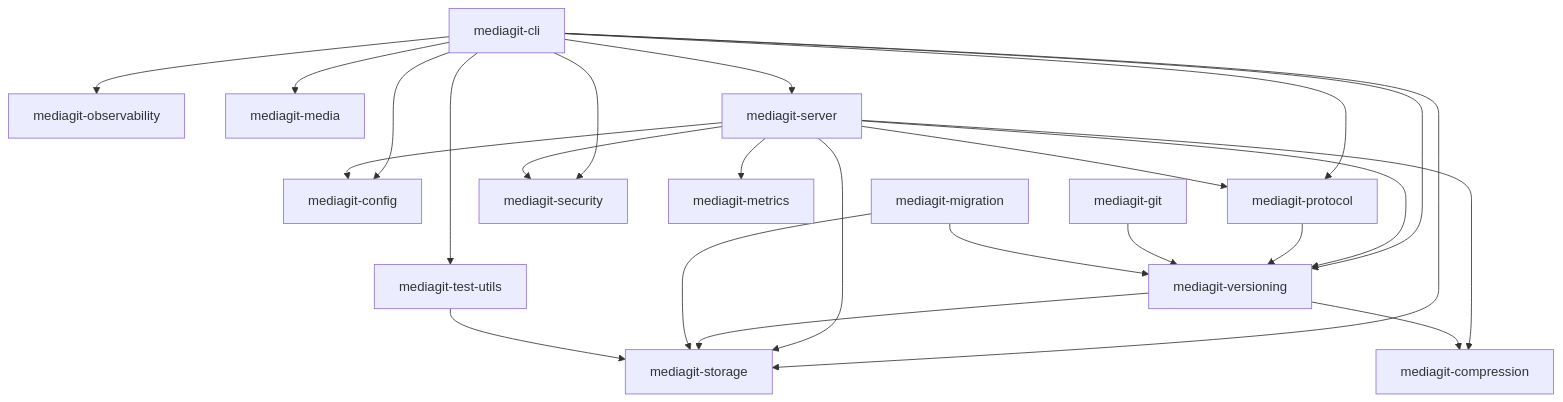
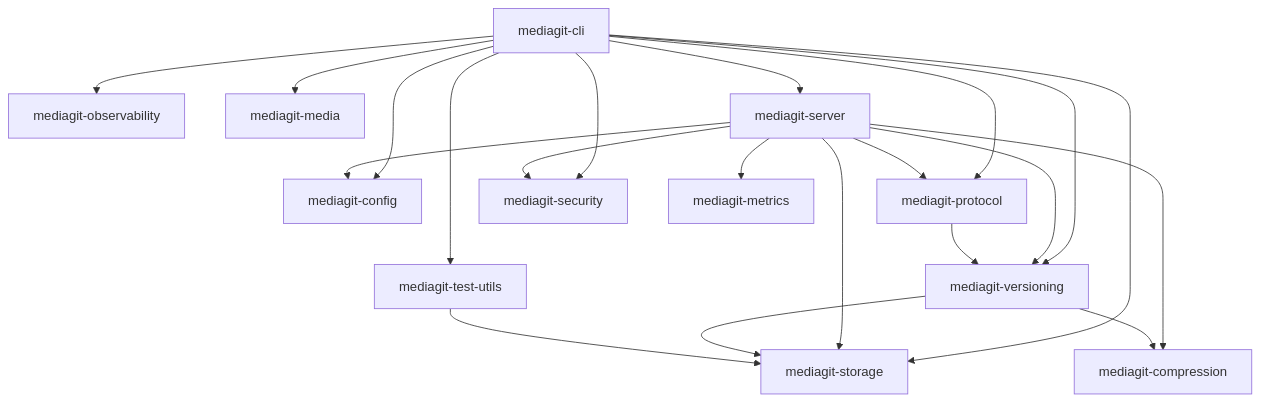
Before and after one commit to winnyboy5/mediagit-core: the second of 18 diagrams in ARCHITECTURE.md, drawn with Mermaid. The commit also changed other lines of this file and 25 other files, not shown here.

````diff
--- a/ARCHITECTURE.md
+++ b/ARCHITECTURE.md
@@ -80,28 +76,25 @@
 ```mermaid
 graph TD
     CLI["mediagit-cli"] --> CFG["mediagit-config"]
     CLI --> STORE["mediagit-storage"]
     CLI --> VER["mediagit-versioning"]
     CLI --> OBS["mediagit-observability"]
     CLI --> PROTO["mediagit-protocol"]
     CLI --> MEDIA["mediagit-media"]
     CLI --> SEC["mediagit-security"]
     CLI --> TU["mediagit-test-utils"]
     CLI --> SRV["mediagit-server"]
 
     SRV --> PROTO
     SRV --> VER
     SRV --> COMP["mediagit-compression"]
     SRV --> STORE
     SRV --> CFG
     SRV --> SEC
     SRV --> MET["mediagit-metrics"]
 
     PROTO --> VER
     VER --> STORE
     VER --> COMP
-    GIT["mediagit-git"] --> VER
-    MIG["mediagit-migration"] --> VER
-    MIG --> STORE
     TU --> STORE
 ```
````
